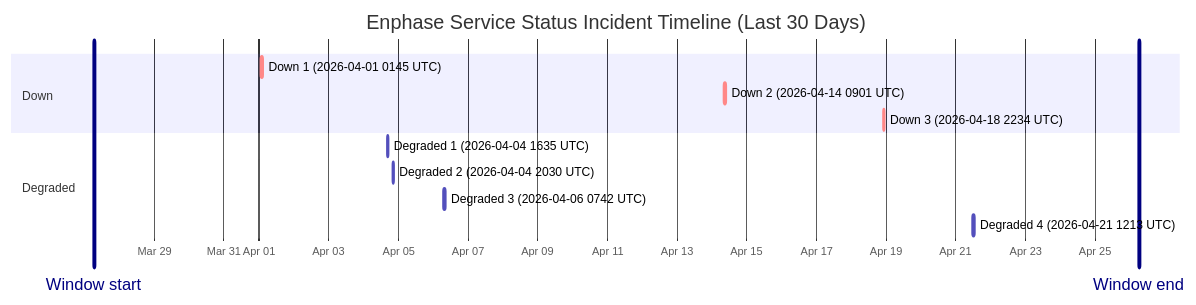
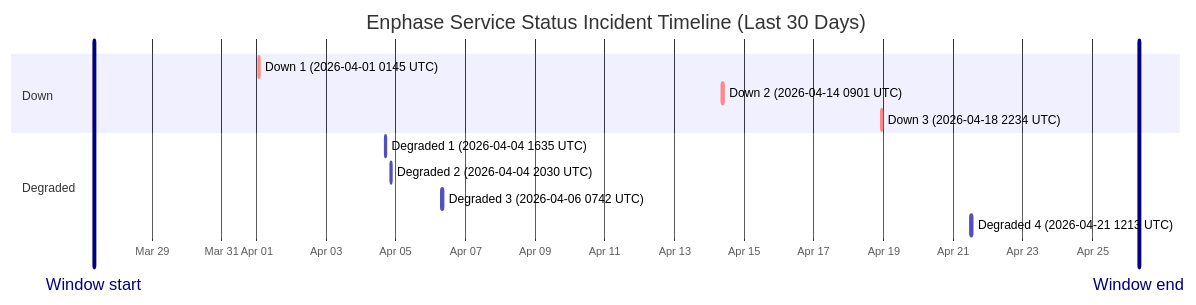
The diagram in wiki/Service-Status-History.md (barneyonline/ha-enphase-ev-charger), drawn with Mermaid before and after one commit. The commit also changed other lines of this file and 3 other files, not shown here.

````diff
--- a/wiki/Service-Status-History.md
+++ b/wiki/Service-Status-History.md
@@ -14,17 +14,17 @@
 ```mermaid
 gantt
     title Enphase Service Status Incident Timeline (Last 30 Days)
     dateFormat  YYYY-MM-DDTHH:mm:ss
     axisFormat  %b %d
-    Window start :vert, window-start, 2026-03-27T06:22:46, 0ms
-    Window end :vert, window-end, 2026-04-26T06:22:46, 0ms
+    Window start :vert, window-start, 2026-03-27T08:00:51, 0ms
+    Window end :vert, window-end, 2026-04-26T08:00:51, 0ms
     section Down
     Down 1 (2026-04-01 0145 UTC) :crit, down-1, 2026-04-01T01:45:09, 60m
     Down 2 (2026-04-14 0901 UTC) :crit, down-2, 2026-04-14T09:01:13, 60m
     Down 3 (2026-04-18 2234 UTC) :crit, down-3, 2026-04-18T22:34:13, 60m
     section Degraded
     Degraded 1 (2026-04-04 1635 UTC) :active, degraded-1, 2026-04-04T16:35:17, 60m
     Degraded 2 (2026-04-04 2030 UTC) :active, degraded-2, 2026-04-04T20:30:40, 60m
     Degraded 3 (2026-04-06 0742 UTC) :active, degraded-3, 2026-04-06T07:42:09, 85m
     Degraded 4 (2026-04-21 1213 UTC) :active, degraded-4, 2026-04-21T12:13:11, 60m
 ```
````
